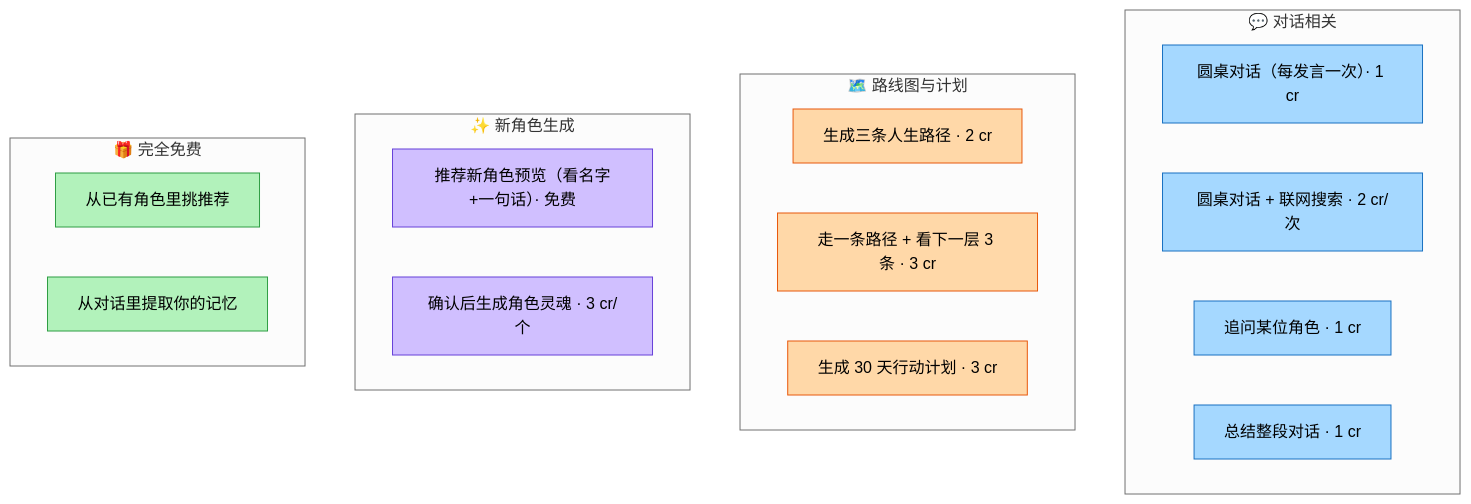
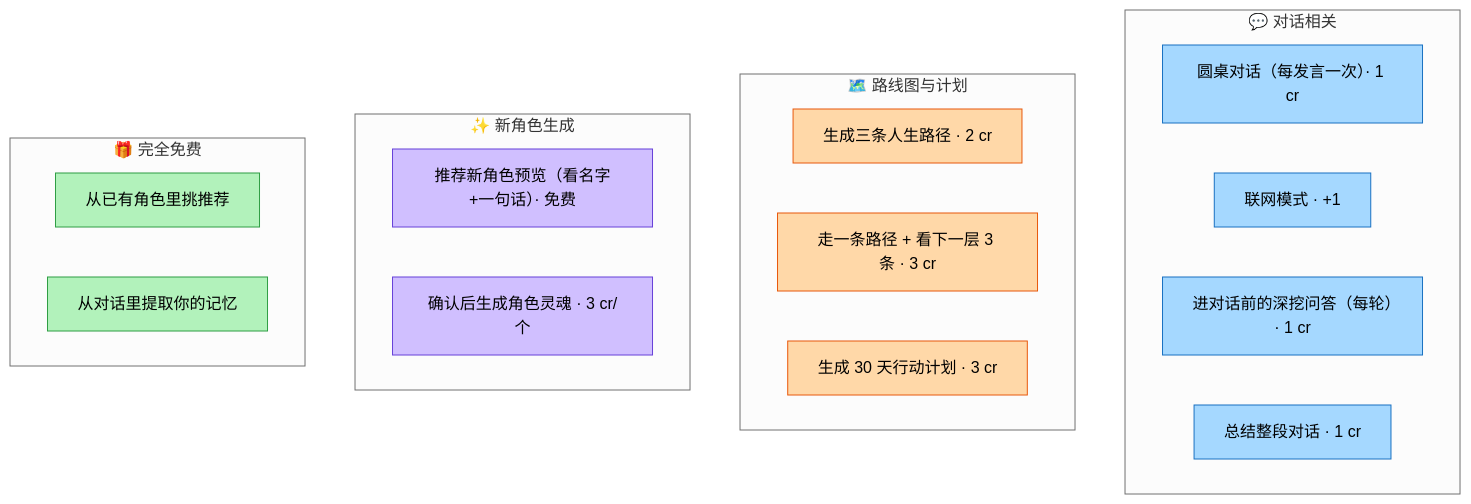
The first of 3 diagrams in docs/credits-pricing.md (1yingrushi/LIFEE), drawn with Mermaid (neutral theme) before and after one commit. The commit also changed 35 other files, not shown here.

````diff
--- a/docs/credits-pricing.md
+++ b/docs/credits-pricing.md
@@ -7,30 +7,30 @@
 ```mermaid
 flowchart TB
     subgraph chat["💬 对话相关"]
         D1["圆桌对话（每发言一次）· 1 cr"]
-        D2["圆桌对话 + 联网搜索 · 2 cr/次"]
-        F["追问某位角色 · 1 cr"]
+        D2["联网模式 · +1"]
+        F["进对话前的深挖问答（每轮）· 1 cr"]
         S["总结整段对话 · 1 cr"]
     end
     subgraph road["🗺️ 路线图与计划"]
         P1["生成三条人生路径 · 2 cr"]
         SP["走一条路径 + 看下一层 3 条 · 3 cr"]
         P30["生成 30 天行动计划 · 3 cr"]
     end
     subgraph soul["✨ 新角色生成"]
         GP["推荐新角色预览（看名字+一句话）· 免费"]
         GS["确认后生成角色灵魂 · 3 cr/个"]
     end
     subgraph free["🎁 完全免费"]
         RP["从已有角色里挑推荐"]
         EM["从对话里提取你的记忆"]
     end
     classDef blue fill:#a5d8ff,stroke:#1971c2,color:#000
     classDef orange fill:#ffd8a8,stroke:#e8590c,color:#000
     classDef purple fill:#d0bfff,stroke:#6741d9,color:#000
     classDef green fill:#b2f2bb,stroke:#2f9e44,color:#000
     class D1,D2,F,S blue
     class P1,SP,P30 orange
     class GP,GS purple
     class RP,EM green
 ```
````
